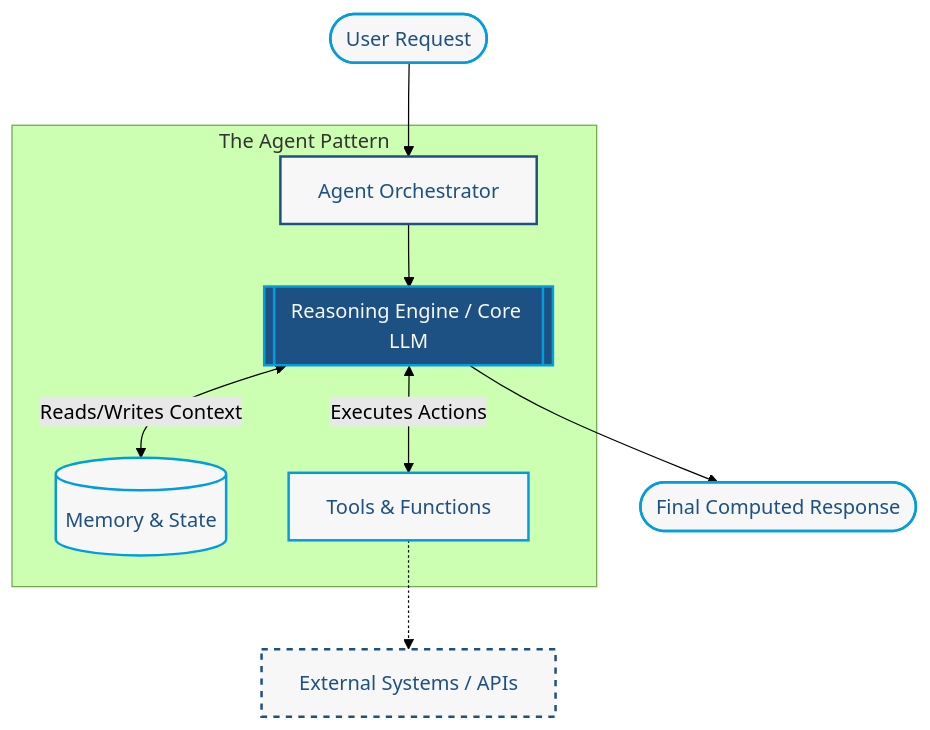
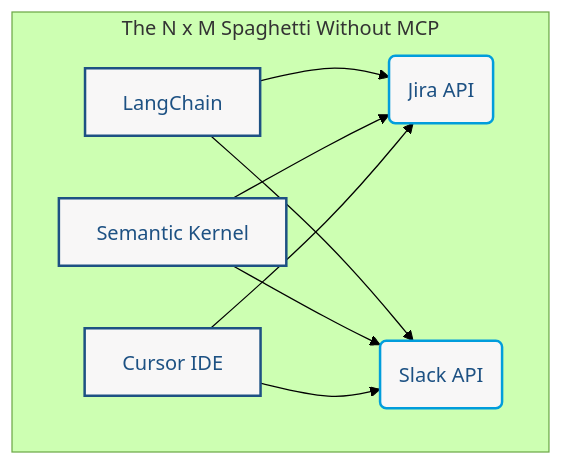
Before and after one commit to bpbpublications/Practical-Software-Architecture-Patterns-with-Java: the diagram in chapter-12/diagrams/diagram-01.md, drawn with Mermaid (forest theme). The commit also changed 76 other files, not shown here.

````diff
--- a/chapter-12/diagrams/diagram-01.md
+++ b/chapter-12/diagrams/diagram-01.md
@@ -2,21 +1,17 @@
 ```mermaid
 graph TD
-    User([User Request]) --> AgentCore[Agent Orchestrator]
-    
-    subgraph The Agent Pattern
-        AgentCore --> Reasoning[[Reasoning Engine / Core LLM]]
-        Reasoning <-->|Reads/Writes Context| Memory[(Memory & State)]
-        Reasoning <-->|Executes Actions| Tools[Tools & Functions]
+    subgraph Spaghetti [The N x M Spaghetti Without MCP]
+        LC[LangChain] --> J1(Jira API)
+        LC --> S1(Slack API)
+        SK[Semantic Kernel] --> J1
+        SK --> S1
+        IDE[Cursor IDE] --> J1
+        IDE --> S1
     end
-    
-    Tools -.-> External[External Systems / APIs]
-    Reasoning --> Output([Final Computed Response])
-    
-    style User fill:#F8F7F7,stroke:#019DDC,stroke-width:2px,color:#1D5183
-    style AgentCore fill:#F8F7F7,stroke:#1D5183,stroke-width:2px,color:#1D5183
-    style Reasoning fill:#1D5183,stroke:#019DDC,stroke-width:2px,color:#F8F7F7
-    style Memory fill:#F8F7F7,stroke:#019DDC,stroke-width:2px,color:#1D5183
-    style Tools fill:#F8F7F7,stroke:#019DDC,stroke-width:2px,color:#1D5183
-    style External fill:#F8F7F7,stroke:#1D5183,stroke-width:2px,stroke-dasharray: 5 5,color:#1D5183
-    style Output fill:#F8F7F7,stroke:#019DDC,stroke-width:2px,color:#1D5183
+
+    style LC fill:#F8F7F7,stroke:#1D5183,stroke-width:2px,color:#1D5183
+    style SK fill:#F8F7F7,stroke:#1D5183,stroke-width:2px,color:#1D5183
+    style IDE fill:#F8F7F7,stroke:#1D5183,stroke-width:2px,color:#1D5183
+    style J1 fill:#F8F7F7,stroke:#019DDC,stroke-width:2px,color:#1D5183
+    style S1 fill:#F8F7F7,stroke:#019DDC,stroke-width:2px,color:#1D5183
 ```
````
